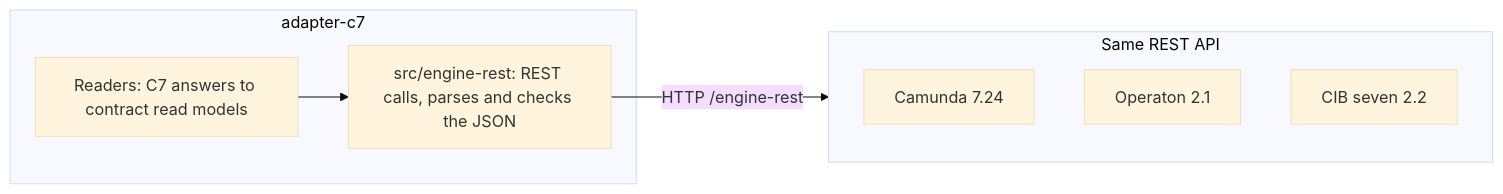
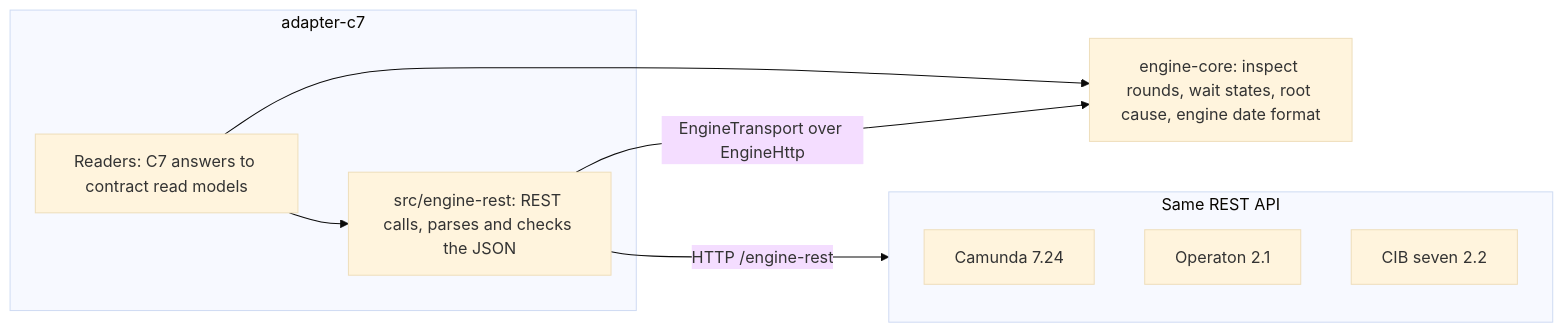
Before and after one commit to Miragon/pulse: the diagram in apps/vscode/docs/adr/c7-adapter.md, drawn with Mermaid (base theme). The commit also changed other lines of this file and 59 other files, not shown here.

````diff
--- a/apps/vscode/docs/adr/c7-adapter.md
+++ b/apps/vscode/docs/adr/c7-adapter.md
@@ -12,14 +12,17 @@
 ```mermaid
 flowchart LR
   subgraph adapter [adapter-c7]
     readers[Readers: C7 answers to contract read models]
     rest[src/engine-rest: REST calls, parses and checks the JSON]
   end
+  core[engine-core: inspect rounds, wait states, root cause, engine date format]
+  rest -- "EngineTransport over EngineHttp" --> core
+  readers --> core
   subgraph family [Same REST API]
     camunda7[Camunda 7.24]
     operaton[Operaton 2.1]
     cibseven[CIB seven 2.2]
   end
   readers --> rest
   rest -- HTTP /engine-rest --> family
 ```
````
